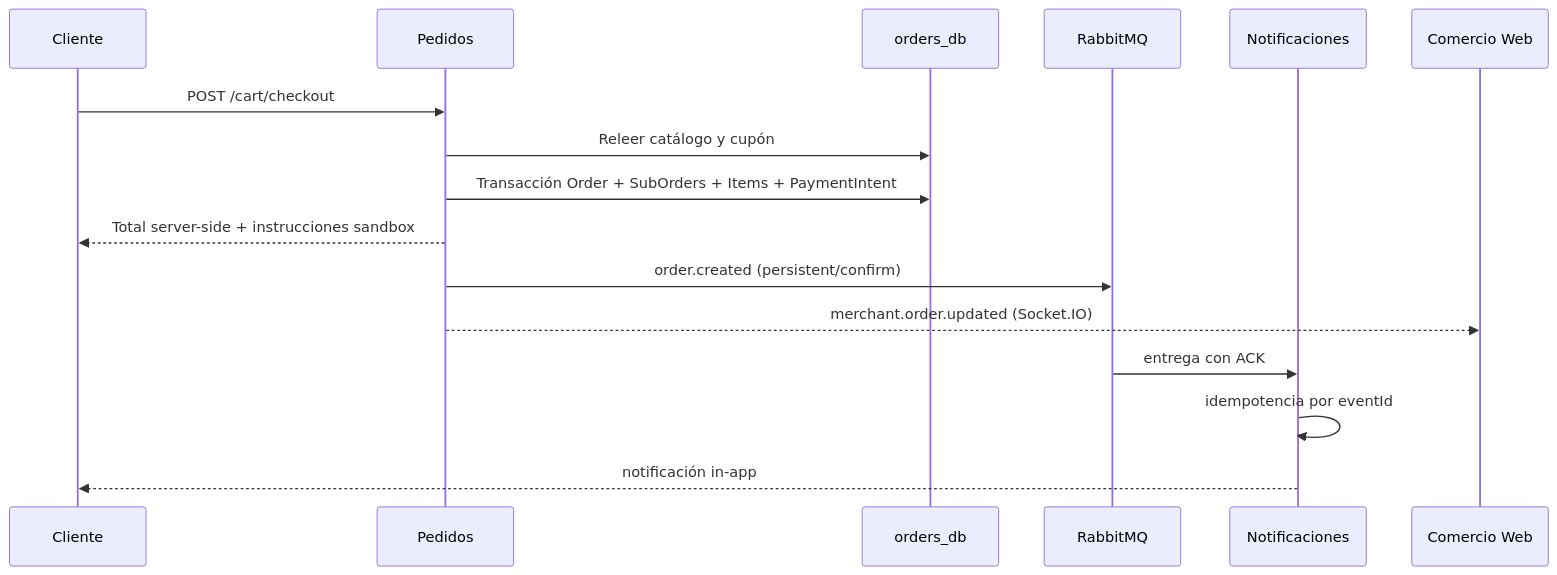
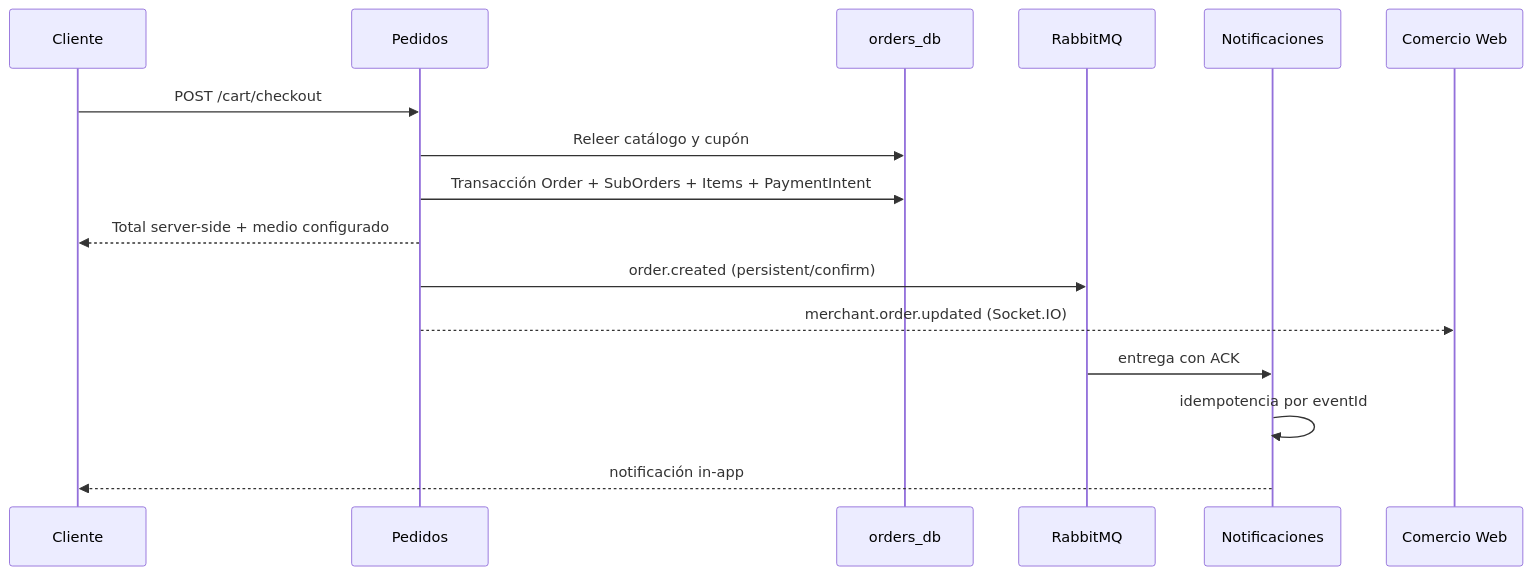
Before and after one commit to EmanuelLl-j/delivereats: the second of 5 diagrams in docs/architecture.md, drawn with Mermaid. The commit also changed other lines of this file and 235 other files, not shown here.

````diff
--- a/docs/architecture.md
+++ b/docs/architecture.md
@@ -37,18 +37,18 @@
 ```mermaid
 sequenceDiagram
   participant C as Cliente
   participant O as Pedidos
   participant DB as orders_db
   participant MQ as RabbitMQ
   participant N as Notificaciones
   participant W as Comercio Web
   C->>O: POST /cart/checkout
   O->>DB: Releer catálogo y cupón
   O->>DB: Transacción Order + SubOrders + Items + PaymentIntent
-  O-->>C: Total server-side + instrucciones sandbox
+  O-->>C: Total server-side + medio configurado
   O->>MQ: order.created (persistent/confirm)
   O-->>W: merchant.order.updated (Socket.IO)
   MQ->>N: entrega con ACK
   N->>N: idempotencia por eventId
   N-->>C: notificación in-app
 ```
````
